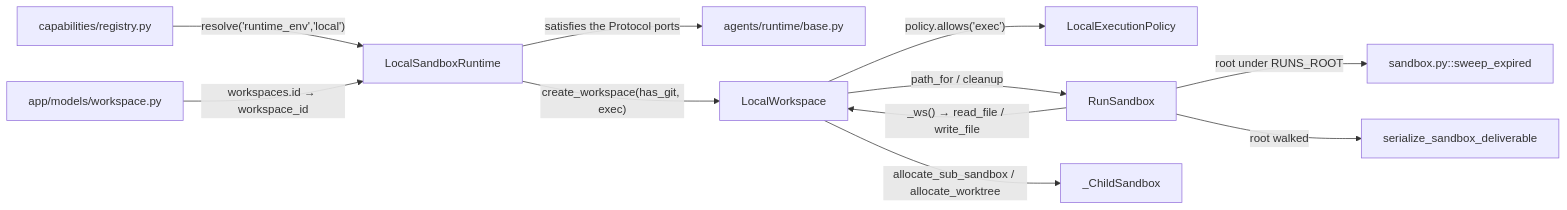
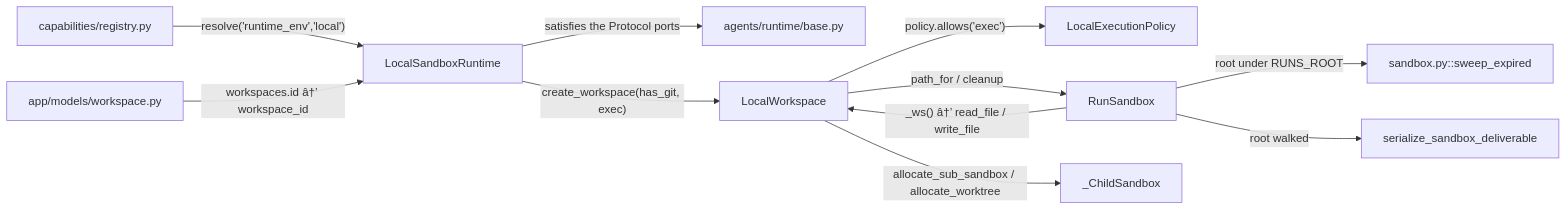
Diagram 16 of 16 in .knowledge/ARCHITECTURE.md (prateek-sinha7/IdeaFlowAI), drawn with Mermaid before and after one commit. The commit also changed other lines of this file and 791 other files, not shown here.

````diff
--- a/.knowledge/ARCHITECTURE.md
+++ b/.knowledge/ARCHITECTURE.md
@@ -435,24 +467,24 @@
 ```mermaid
 flowchart LR
     base["agents/runtime/base.py"]
     caps["capabilities/registry.py"]
     row["app/models/workspace.py"]
     runtime["LocalSandboxRuntime"]
     workspace["LocalWorkspace"]
     policy["LocalExecutionPolicy"]
     sandbox["RunSandbox"]
     child["_ChildSandbox"]
     sweep["sandbox.py::sweep_expired"]
     serialize["serialize_sandbox_deliverable"]
 
     runtime -->|"satisfies the Protocol ports"| base
     caps -->|"resolve('runtime_env','local')"| runtime
-    row -->|"workspaces.id → workspace_id"| runtime
+    row -->|"workspaces.id â†’ workspace_id"| runtime
     runtime -->|"create_workspace(has_git, exec)"| workspace
     workspace -->|"policy.allows('exec')"| policy
     workspace -->|"path_for / cleanup"| sandbox
-    sandbox -->|"_ws() → read_file / write_file"| workspace
+    sandbox -->|"_ws() â†’ read_file / write_file"| workspace
     workspace -->|"allocate_sub_sandbox / allocate_worktree"| child
     sandbox -->|"root under RUNS_ROOT"| sweep
     sandbox -->|"root walked"| serialize
 ```
````
